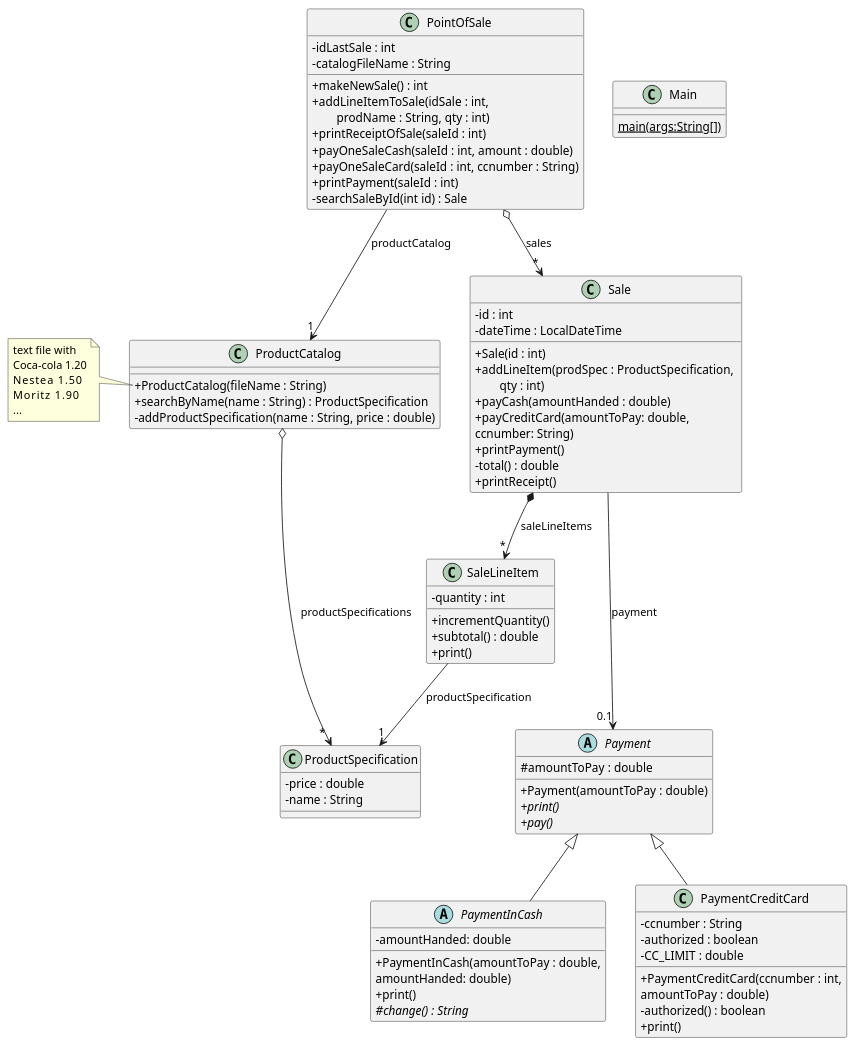
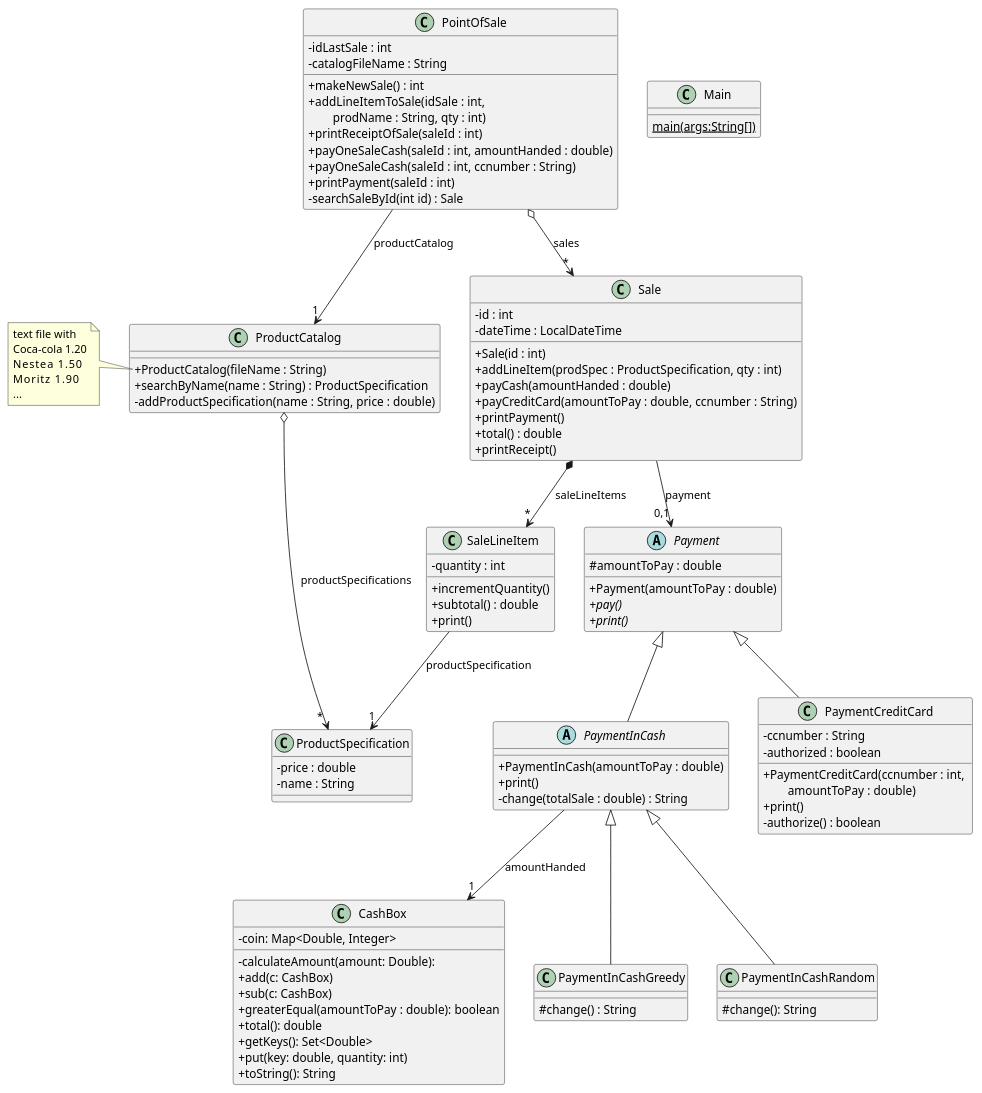
Before and after one commit to NIU1707994/DS: the diagram in PointOfSale/src/pos/pos.puml, drawn with PlantUML. The commit also changed 33 other files, not shown here.

Commit message:
Random change methos + last methods CashBox

```diff
--- a/PointOfSale/src/pos/pos.puml
+++ b/PointOfSale/src/pos/pos.puml
@@ -1,91 +1,109 @@
 @startuml
 'https://plantuml.com/class-diagram
 skinparam classAttributeIconSize 0
 
 class Main {
 {static} main(args:String[])
 }
 
 class PointOfSale {
 - idLastSale : int
 - catalogFileName : String
 + makeNewSale() : int
 + addLineItemToSale(idSale : int, \n\tprodName : String, qty : int)
 + printReceiptOfSale(saleId : int)
-+ payOneSaleCash(saleId : int, amount : double)
-+ payOneSaleCard(saleId : int, ccnumber : String)
++ payOneSaleCash(saleId : int, amountHanded : double)
++ payOneSaleCash(saleId : int, ccnumber : String)
 + printPayment(saleId : int)
 - searchSaleById(int id) : Sale
 }
 
 class ProductCatalog {
 + ProductCatalog(fileName : String)
 + searchByName(name : String) : ProductSpecification
 - addProductSpecification(name : String, price : double)
 }
 
 note left of ProductCatalog::ProductCatalog {
 text file with
 Coca-cola 1.20
 Nestea    1.50
 Moritz    1.90
 ...
 }
 
 class ProductSpecification {
 - price : double
 - name : String
 }
 
 class Sale {
 - id : int
 - dateTime : LocalDateTime
 + Sale(id : int)
-+ addLineItem(prodSpec : ProductSpecification, \n\tqty : int)
++ addLineItem(prodSpec : ProductSpecification, qty : int)
 + payCash(amountHanded : double)
-+ payCreditCard(amountToPay: double,
-        ccnumber: String)
++ payCreditCard(amountToPay : double, ccnumber : String)
 + printPayment()
-- total() : double
++ total() : double
 + printReceipt()
-}
 
-abstract Payment {
-# amountToPay : double
-+ Payment(amountToPay : double)
-{abstract}+ print()
-{abstract}+ pay()
-}
-
-abstract PaymentInCash extends Payment {
--amountHanded: double
-+ PaymentInCash(amountToPay : double,
- amountHanded: double)
-+ print()
-{abstract}# change() : String
-}
-
-class PaymentCreditCard extends Payment {
--ccnumber : String
--authorized : boolean
--CC_LIMIT : double
-+ PaymentCreditCard(ccnumber : int,
-    amountToPay : double)
-- authorized() : boolean
-+ print()
 }
 
 class SaleLineItem {
 - quantity : int
 + incrementQuantity()
 + subtotal() : double
 + print()
 }
 
+abstract class Payment {
+  # amountToPay : double
+  + Payment(amountToPay : double)
+  + {abstract} pay()
+  + {abstract} print()
+}
+
+class CashBox {
+-coin: Map<Double, Integer>
+-calculateAmount(amount: Double):
++add(c: CashBox)
++sub(c: CashBox)
++greaterEqual(amountToPay : double): boolean
++total(): double
++getKeys(): Set<Double>
++put(key: double, quantity: int)
++toString(): String
+}
+
+abstract class PaymentInCash extends Payment {
+  + PaymentInCash(amountToPay : double)
+  + print()
+  - change(totalSale : double) : String
+}
+
+Sale --> "0,1" Payment : payment
+
+class PaymentInCashGreedy extends PaymentInCash{
+#change() : String
+}
+
+class PaymentInCashRandom extends PaymentInCash {
+#change(): String
+}
+
+class PaymentCreditCard extends Payment {
+  - ccnumber : String
+  - authorized : boolean
+  + PaymentCreditCard(ccnumber : int, \n\tamountToPay : double)
+  + print()
+  - authorize() : boolean
+}
+
 PointOfSale o--> "*" Sale : sales
 Sale *--> "*" SaleLineItem : saleLineItems
 SaleLineItem --> "1" ProductSpecification : productSpecification
 PointOfSale --> "1" ProductCatalog : productCatalog
 ProductCatalog o--> " * " ProductSpecification : productSpecifications
-Sale ---> "0.1" Payment : payment
+PaymentInCash --> "1" CashBox : amountHanded
 @enduml
```
